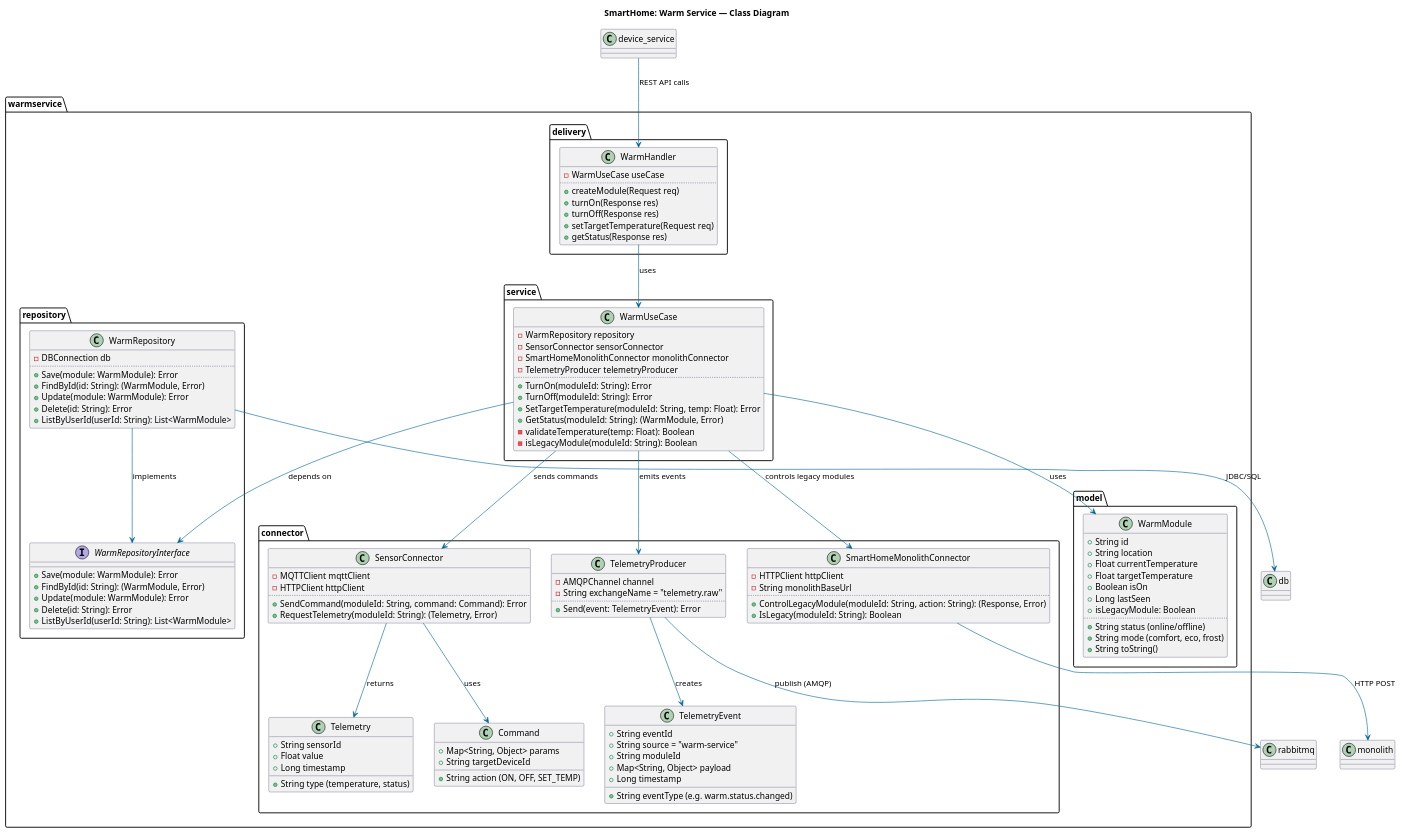
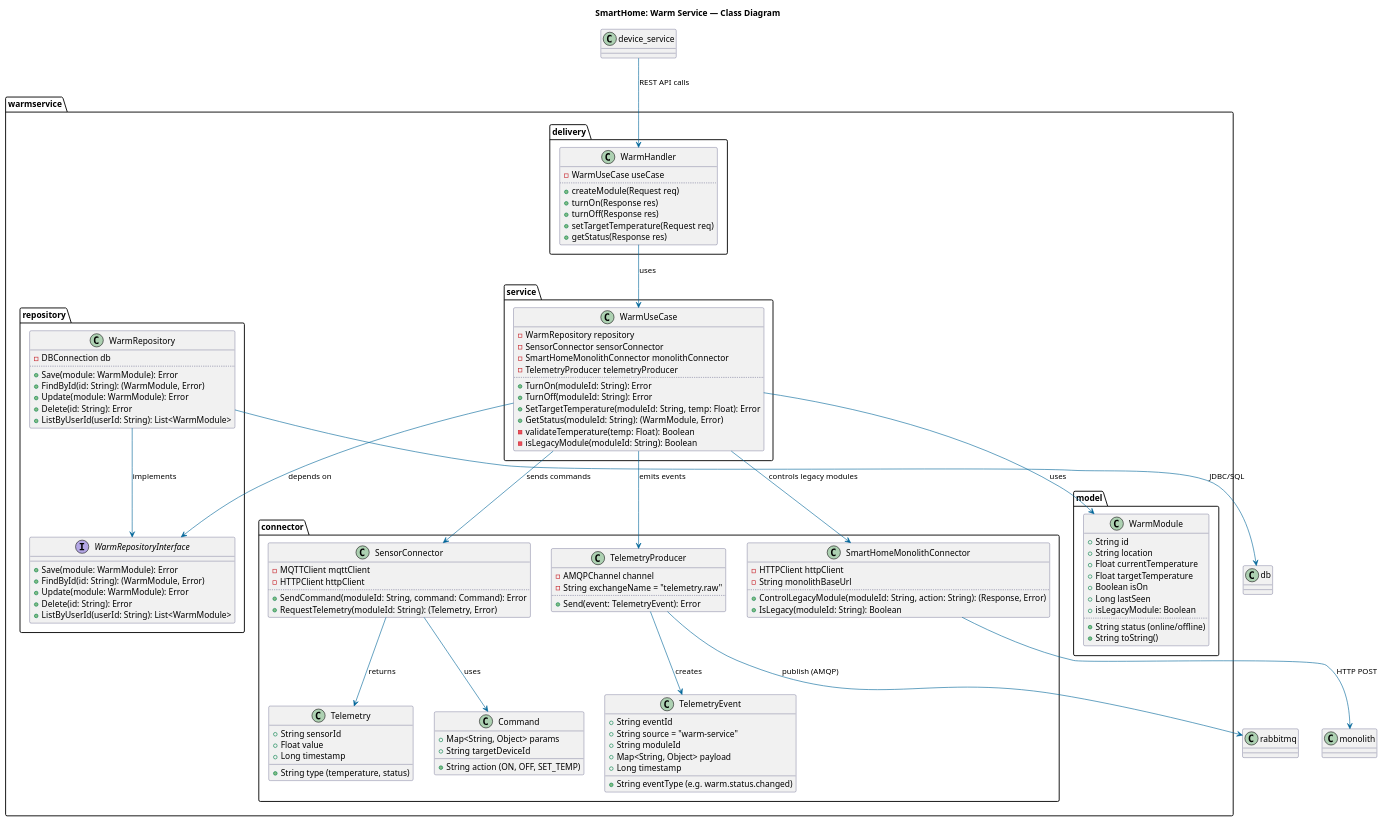
Before and after one commit to oreshkanet/ya-architecture-pro-warmhouse: the diagram in diagrams/code/Code_WarmService.puml, drawn with PlantUML. The commit also changed 10 other files, not shown here.

```diff
--- a/diagrams/code/Code_WarmService.puml
+++ b/diagrams/code/Code_WarmService.puml
@@ -1,148 +1,147 @@
 @startuml Class_WarmService
 title SmartHome: Warm Service — Class Diagram
 
 'allow_mixing
 
 ' === Настройки стиля ===
 skinparam class {
     'BackgroundColor White
     BorderColor #333366
     ArrowColor #006699
     AttributeIconVisibility hidden
 }
 
 ' === Пакеты ===
 package "warmservice" {
   package "model" {
     class WarmModule {
       +String id
       +String location
       +Float currentTemperature
       +Float targetTemperature
       +Boolean isOn
       +Long lastSeen
       +isLegacyModule: Boolean
       ..
       +String status (online/offline)
-      +String mode (comfort, eco, frost)
       +String toString()
     }
   }
 
   package "delivery" {
     class WarmHandler {
       -WarmUseCase useCase
       ..
       +createModule(Request req)
       +turnOn(Response res)
       +turnOff(Response res)
       +setTargetTemperature(Request req)
       +getStatus(Response res)
     }
   }
 
   package "service" {
     class WarmUseCase {
       -WarmRepository repository
       -SensorConnector sensorConnector
       -SmartHomeMonolithConnector monolithConnector
       -TelemetryProducer telemetryProducer
       ..
       +TurnOn(moduleId: String): Error
       +TurnOff(moduleId: String): Error
       +SetTargetTemperature(moduleId: String, temp: Float): Error
       +GetStatus(moduleId: String): (WarmModule, Error)
       -validateTemperature(temp: Float): Boolean
       -isLegacyModule(moduleId: String): Boolean
     }
   }
 
   package "repository" {
     interface WarmRepositoryInterface {
       +Save(module: WarmModule): Error
       +FindById(id: String): (WarmModule, Error)
       +Update(module: WarmModule): Error
       +Delete(id: String): Error
       +ListByUserId(userId: String): List<WarmModule>
     }
 
     class WarmRepository {
       -DBConnection db
       ..
       +Save(module: WarmModule): Error
       +FindById(id: String): (WarmModule, Error)
       +Update(module: WarmModule): Error
       +Delete(id: String): Error
       +ListByUserId(userId: String): List<WarmModule>
     }
   }
 
   package "connector" {
     class SensorConnector {
       -MQTTClient mqttClient
       -HTTPClient httpClient
       ..
       +SendCommand(moduleId: String, command: Command): Error
       +RequestTelemetry(moduleId: String): (Telemetry, Error)
     }
 
     class SmartHomeMonolithConnector {
       -HTTPClient httpClient
       -String monolithBaseUrl
       ..
       +ControlLegacyModule(moduleId: String, action: String): (Response, Error)
       +IsLegacy(moduleId: String): Boolean
     }
 
     class TelemetryProducer {
       -AMQPChannel channel
       -String exchangeName = "telemetry.raw"
       ..
       +Send(event: TelemetryEvent): Error
     }
 
     class TelemetryEvent {
       +String eventId
       +String eventType (e.g. warm.status.changed)
       +String source = "warm-service"
       +String moduleId
       +Map<String, Object> payload
       +Long timestamp
     }
 
     class Command {
       +String action (ON, OFF, SET_TEMP)
       +Map<String, Object> params
       +String targetDeviceId
     }
 
     class Telemetry {
       +String sensorId
       +Float value
       +String type (temperature, status)
       +Long timestamp
     }
   }
 }
 
 ' Связи между классами
 WarmUseCase --> WarmModule : uses
 WarmHandler --> WarmUseCase : uses
 WarmUseCase --> WarmRepositoryInterface : depends on
 WarmRepository --> WarmRepositoryInterface : implements
 WarmRepository --> db : JDBC/SQL
 
 WarmUseCase --> SensorConnector : sends commands
 WarmUseCase --> SmartHomeMonolithConnector : controls legacy modules
 WarmUseCase --> TelemetryProducer : emits events
 
 SensorConnector --> Command : uses
 SensorConnector --> Telemetry : returns
 TelemetryProducer --> TelemetryEvent : creates
 TelemetryProducer --> rabbitmq : publish (AMQP)
 
 SmartHomeMonolithConnector --> monolith : HTTP POST
 
 device_service --> WarmHandler : REST API calls
 
 @enduml
```
